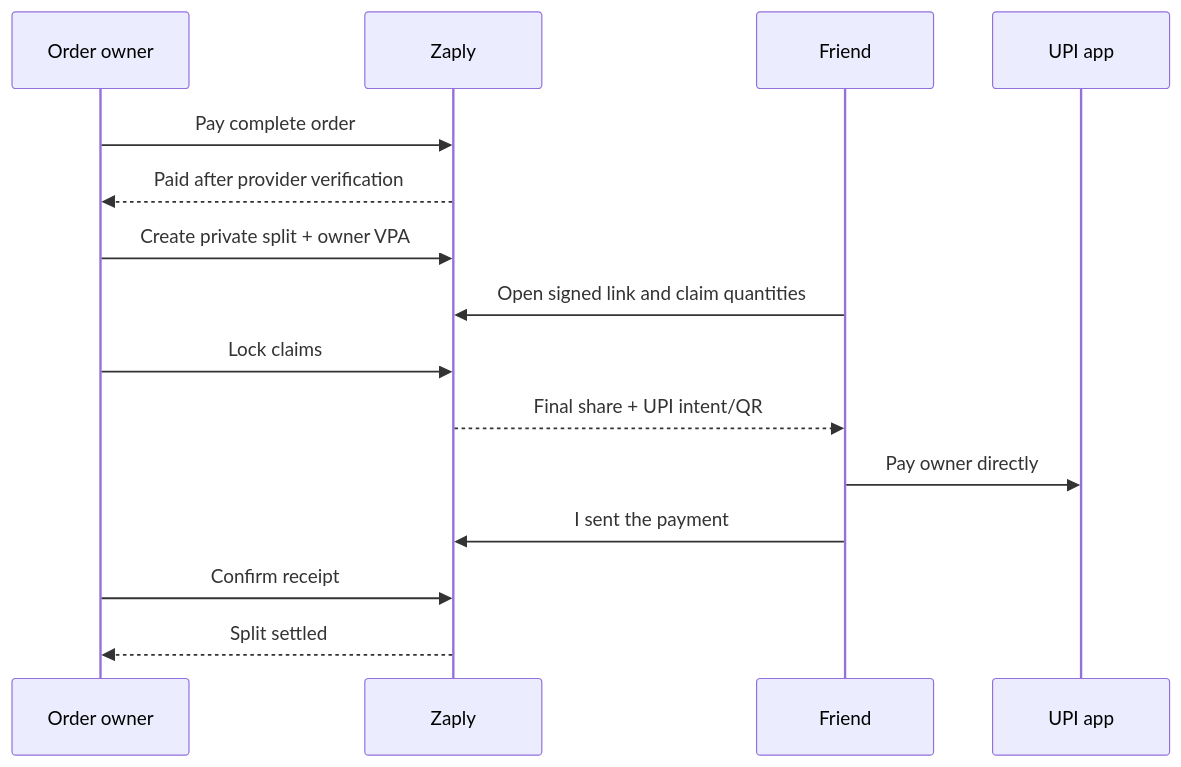
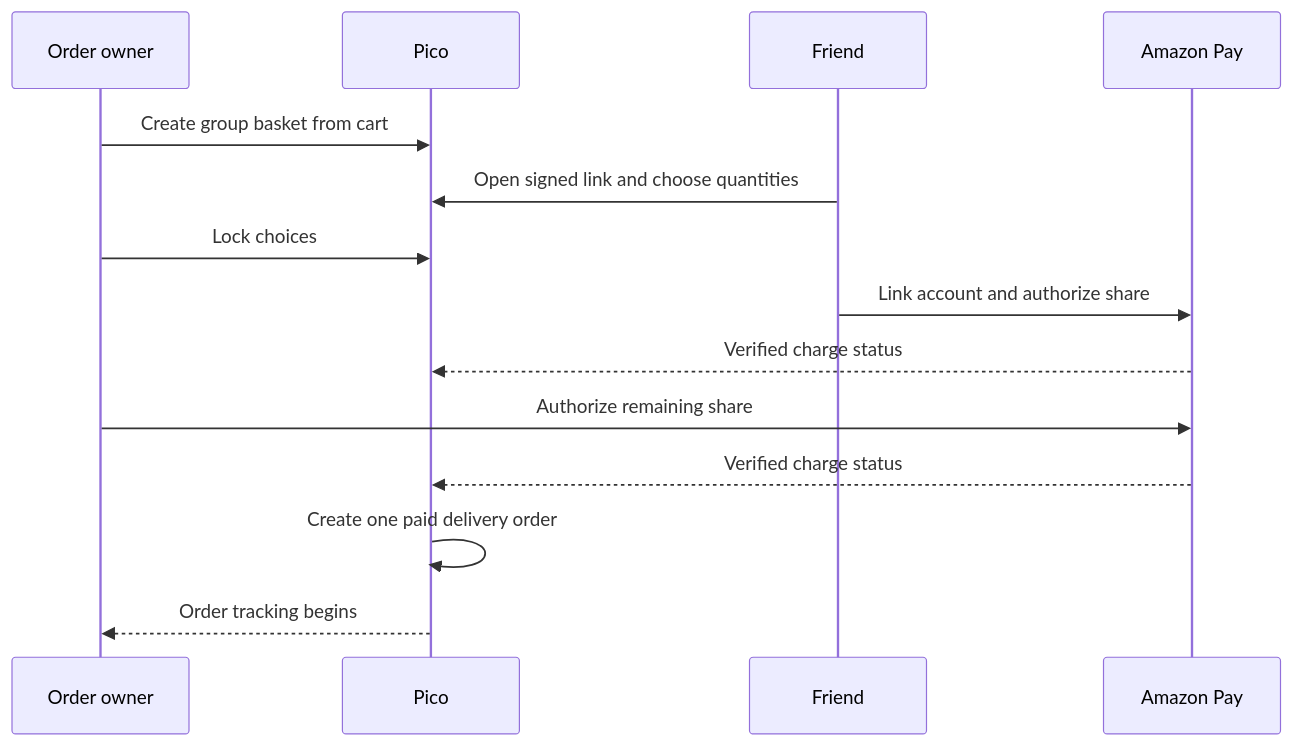
Before and after one commit to rushikesh0022/WemakeDev: the second of 2 diagrams in docs/architecture.md, drawn with Mermaid. The commit also changed other lines of this file and 55 other files, not shown here.

Commit message:
feat: build Pico group checkout and delivery tracking

````diff
--- a/docs/architecture.md
+++ b/docs/architecture.md
@@ -44,17 +44,16 @@
 ```mermaid
 sequenceDiagram
   participant O as Order owner
-  participant Z as Zaply
+  participant P as Pico
   participant F as Friend
-  participant U as UPI app
-  O->>Z: Pay complete order
-  Z-->>O: Paid after provider verification
-  O->>Z: Create private split + owner VPA
-  F->>Z: Open signed link and claim quantities
-  O->>Z: Lock claims
-  Z-->>F: Final share + UPI intent/QR
-  F->>U: Pay owner directly
-  F->>Z: I sent the payment
-  O->>Z: Confirm receipt
-  Z-->>O: Split settled
+  participant A as Amazon Pay
+  O->>P: Create group basket from cart
+  F->>P: Open signed link and choose quantities
+  O->>P: Lock choices
+  F->>A: Link account and authorize share
+  A-->>P: Verified charge status
+  O->>A: Authorize remaining share
+  A-->>P: Verified charge status
+  P->>P: Create one paid delivery order
+  P-->>O: Order tracking begins
 ```
````
